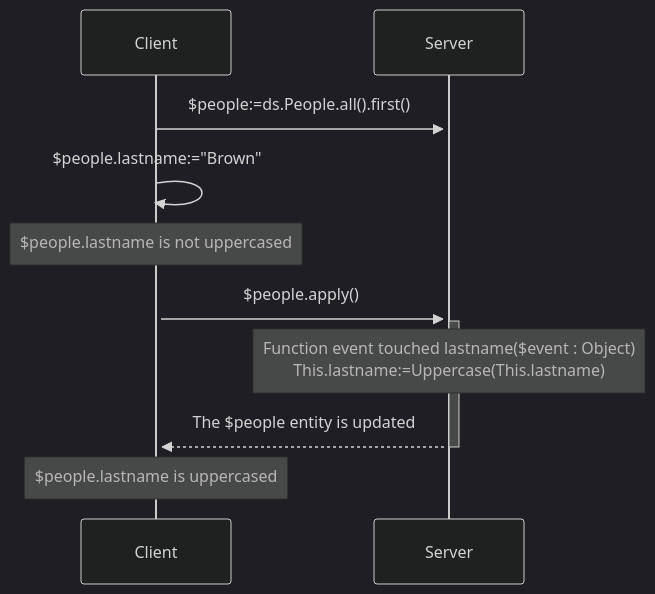
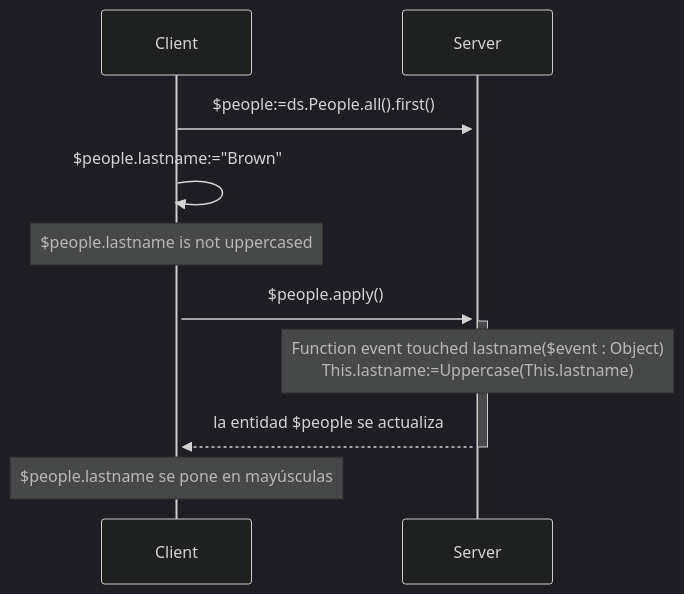
Before and after one commit to 4d/docs: the second of 3 diagrams in i18n/es/docusaurus-plugin-content-docs/version-21/ORDA/orda-events.md, drawn with Mermaid (dark theme). The commit also changed other lines of this file and 838 other files, not shown here.

````diff
--- a/i18n/es/docusaurus-plugin-content-docs/version-21/ORDA/orda-events.md
+++ b/i18n/es/docusaurus-plugin-content-docs/version-21/ORDA/orda-events.md
@@ -274,20 +274,20 @@
 ```mermaid
 
 sequenceDiagram
 
     Client->>+Server: $people:=ds.People.all().first()
 
     Client->>+Client: $people.lastname:="Brown"
 
    Note over Client:$people.lastname is not uppercased
 
     Client->>+Server: $people.apply()
 
    Note over Server: Function event touched lastname($event : Object) <br>  This.lastname:=Uppercase(This.lastname)
 
-    Server-->>-Client: The $people entity is updated
+    Server-->>-Client: la entidad $people se actualiza
 
-   Note over Client:$people.lastname is uppercased
+   Note over Client:$people.lastname se pone en mayúsculas
 
 
 ```
````
